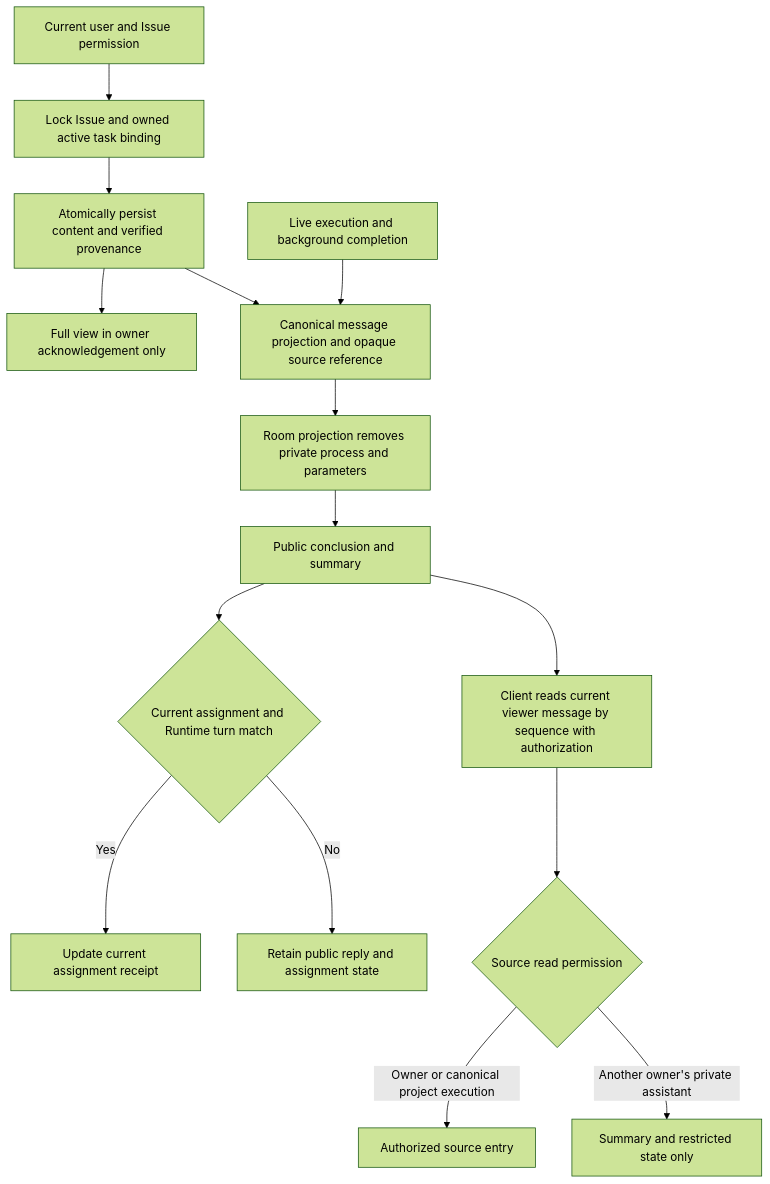
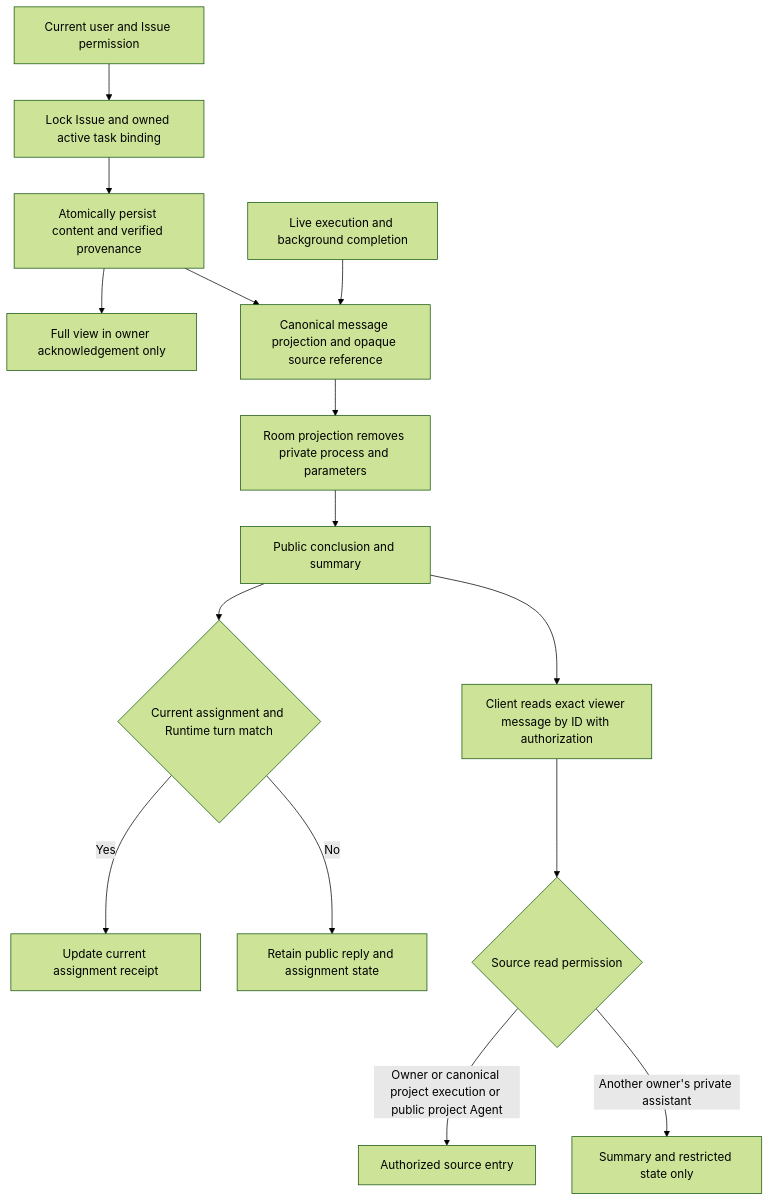
Before and after one commit to wecode-ai/Wegent: the first of 3 diagrams in docs/en/wegent/developer-guide/collaboration-permissions.md, drawn with Mermaid (forest theme). The commit also changed other lines of this file and 37 other files, not shown here.

Commit message:
feat(collaboration): complete v2 evidence metrics and scoped source resolution

````diff
--- a/docs/en/wegent/developer-guide/collaboration-permissions.md
+++ b/docs/en/wegent/developer-guide/collaboration-permissions.md
@@ -9,17 +9,17 @@
 ```mermaid
 flowchart TD
     Source[Current user and Issue permission] --> Lock[Lock Issue and owned active task binding]
     Lock --> Commit[Atomically persist content and verified provenance]
     Commit --> Owner[Full view in owner acknowledgement only]
     Commit --> Projection[Canonical message projection and opaque source reference]
     Live[Live execution and background completion] --> Projection
     Projection --> Filter[Room projection removes private process and parameters]
     Filter --> Public[Public conclusion and summary]
     Public --> Receipt{Current assignment and Runtime turn match}
     Receipt -->|Yes| Complete[Update current assignment receipt]
     Receipt -->|No| History[Retain public reply and assignment state]
-    Public --> Read[Client reads current viewer message by sequence with authorization]
+    Public --> Read[Client reads exact viewer message by ID with authorization]
     Read --> Trace{Source read permission}
-    Trace -->|Owner or canonical project execution| Scoped[Authorized source entry]
+    Trace -->|Owner or canonical project execution or public project Agent| Scoped[Authorized source entry]
     Trace -->|Another owner's private assistant| Restricted[Summary and restricted state only]
 ```
````
